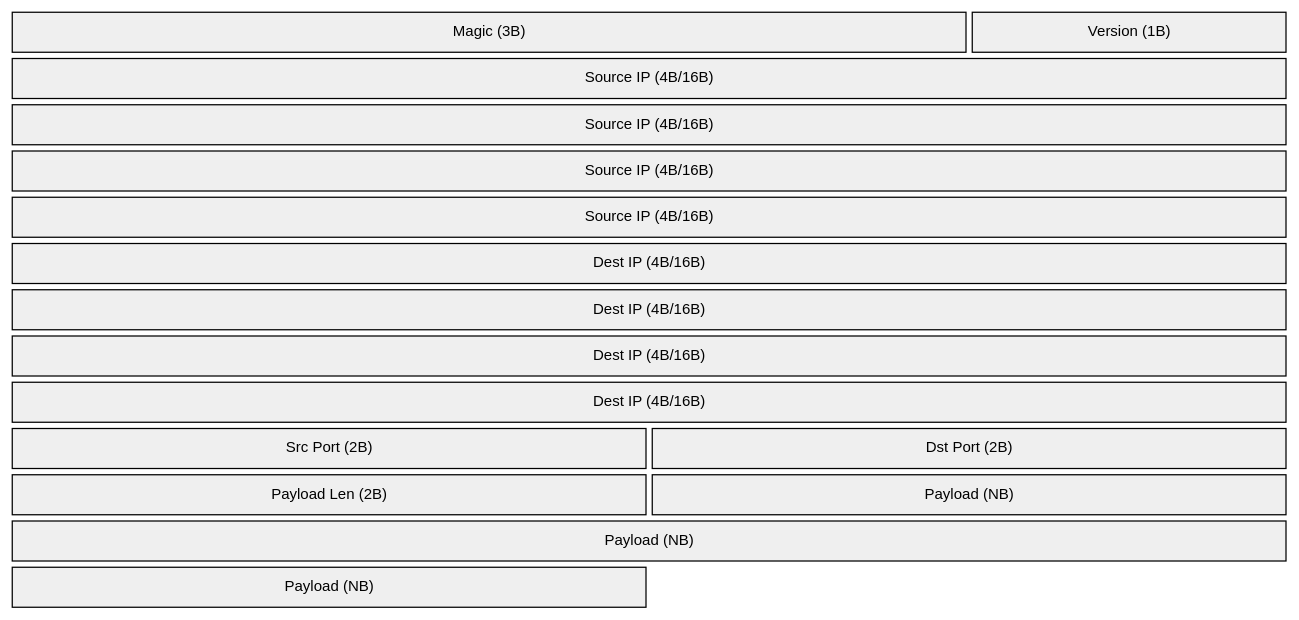
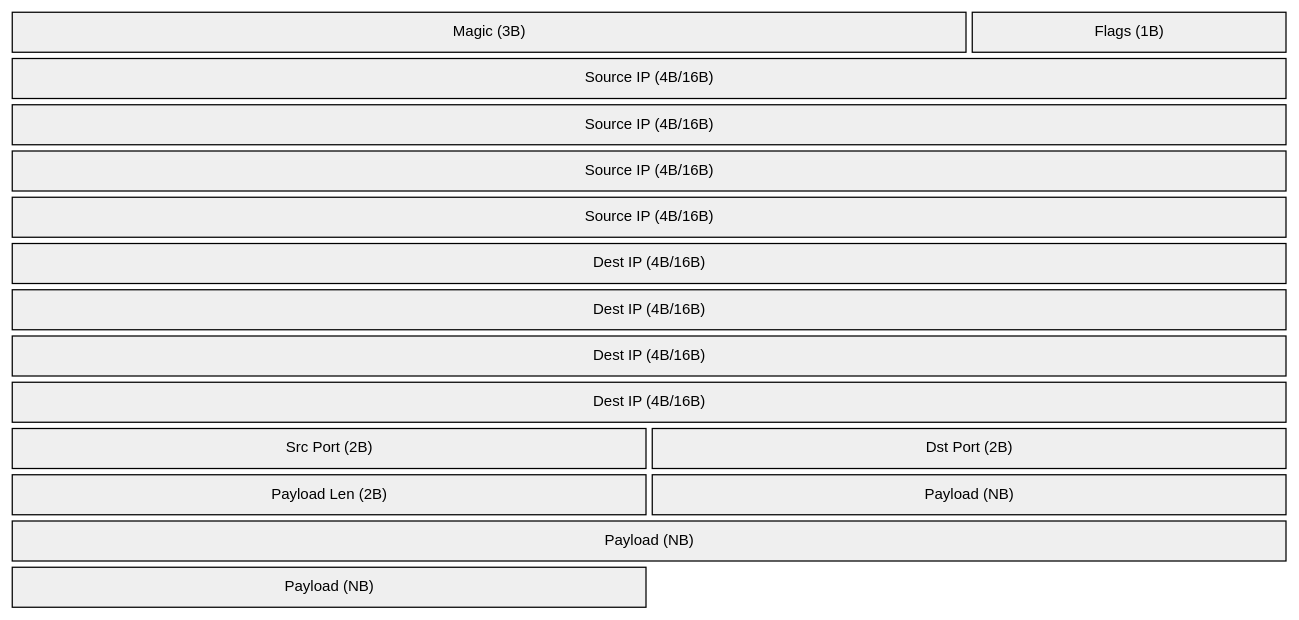
Before and after one commit to rgnv/udp-sender: the diagram in PROTOCOL.md, drawn with Mermaid. The commit also changed other lines of this file and 5 other files, not shown here.

Commit message:
#12: Convert version byte to flags (#13)

````diff
--- a/PROTOCOL.md
+++ b/PROTOCOL.md
@@ -13,16 +13,16 @@
 ```mermaid
 ---
 config:
   packet:
     showBits: false
 ---
 packet-beta
   0-23: "Magic (3B)"
-  24-31: "Version (1B)"
+  24-31: "Flags (1B)"
   32-159: "Source IP (4B/16B)"
   160-287: "Dest IP (4B/16B)"
   288-303: "Src Port (2B)"
   304-319: "Dst Port (2B)"
   320-335: "Payload Len (2B)"
   336-399: "Payload (NB)"
 ```
````
